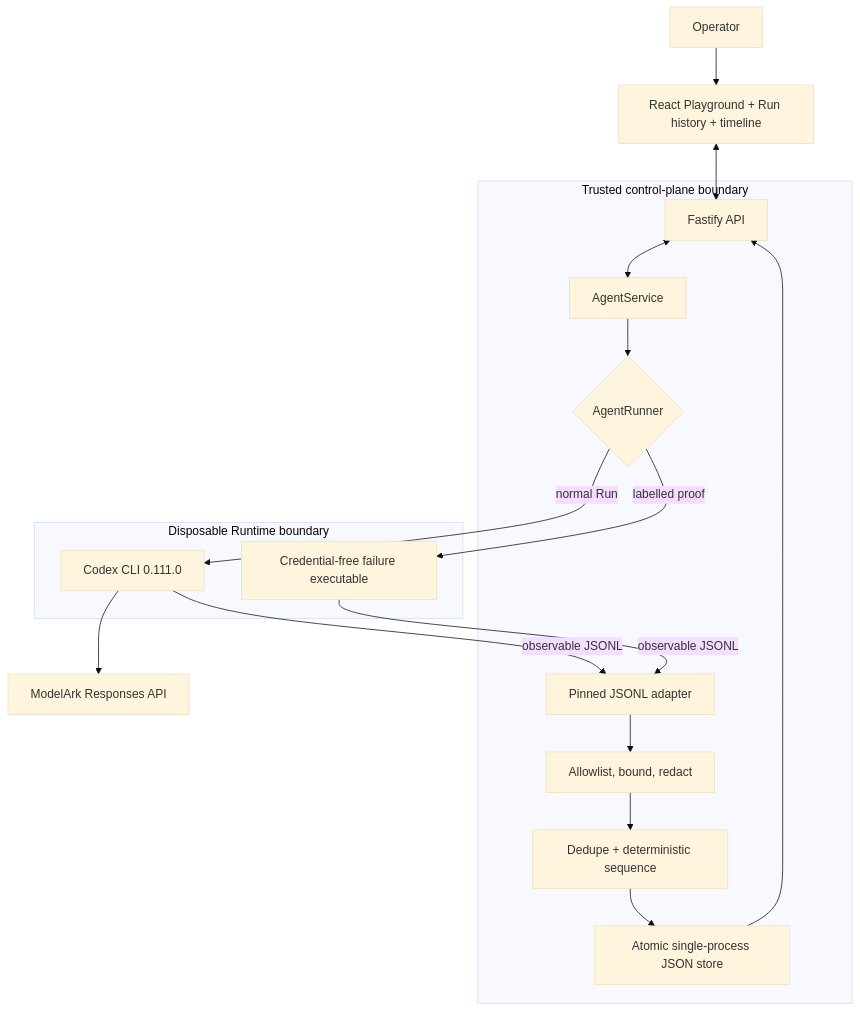
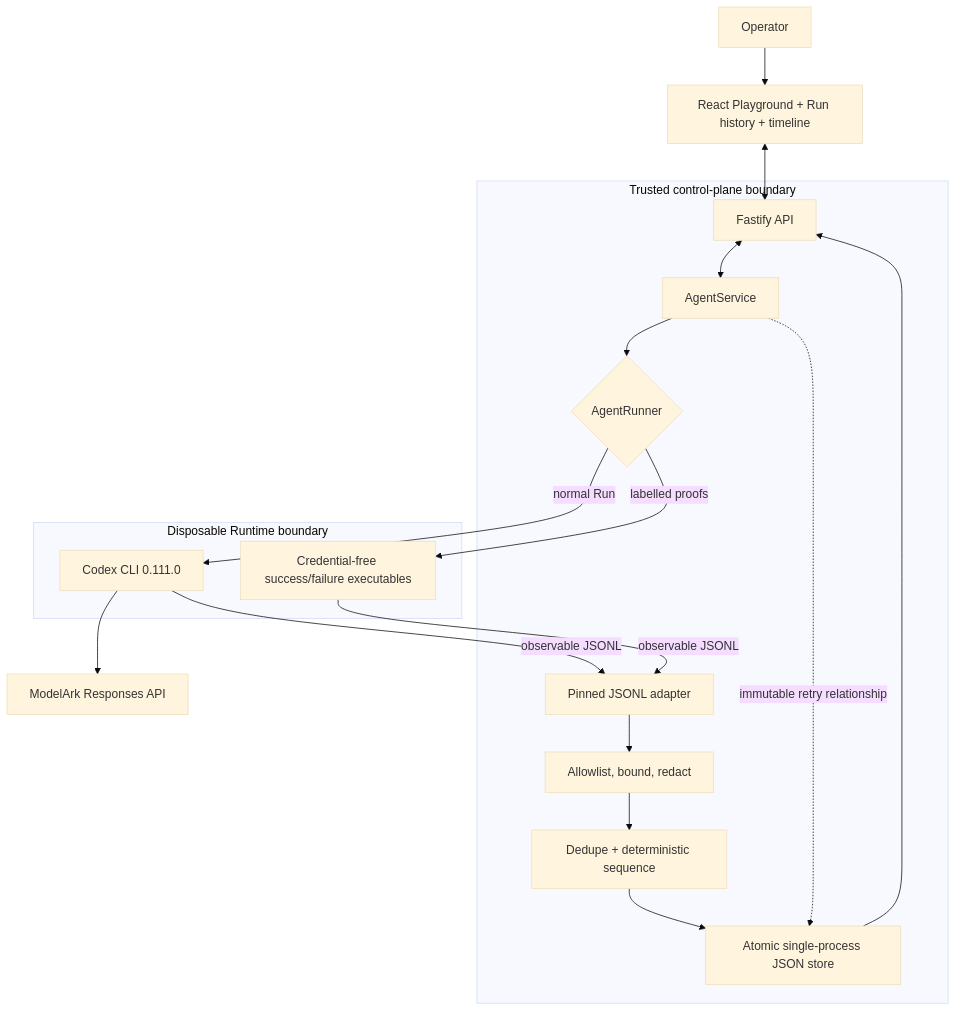
The diagram in docs/AGENT_BLACK_BOX.md (thisisaditya17/CodeJam), drawn with Mermaid (base theme) before and after one commit. The commit also changed other lines of this file and 18 other files, not shown here.

Commit message:
feat: add credential-free success and linked retry

````diff
--- a/docs/AGENT_BLACK_BOX.md
+++ b/docs/AGENT_BLACK_BOX.md
@@ -9,23 +9,24 @@
 ```mermaid
 flowchart TB
     Operator["Operator"] --> UI["React Playground + Run history + timeline"]
     UI <--> API["Fastify API"]
     API <--> Service["AgentService"]
 
     subgraph ControlPlane["Trusted control-plane boundary"]
       Service --> Runner{"AgentRunner"}
       Adapter["Pinned JSONL adapter"] --> Redactor["Allowlist, bound, redact"]
       Redactor --> Recorder["Dedupe + deterministic sequence"]
       Recorder --> Store["Atomic single-process JSON store"]
       Store --> API
+      Service -. immutable retry relationship .-> Store
     end
 
     subgraph RuntimeBoundary["Disposable Runtime boundary"]
       Runner -->|normal Run| Codex["Codex CLI 0.111.0"]
-      Runner -->|labelled proof| Fixture["Credential-free failure executable"]
+      Runner -->|labelled proofs| Fixture["Credential-free success/failure executables"]
     end
 
     Codex --> ModelArk["ModelArk Responses API"]
     Codex -- observable JSONL --> Adapter
     Fixture -- observable JSONL --> Adapter
 ```
````
